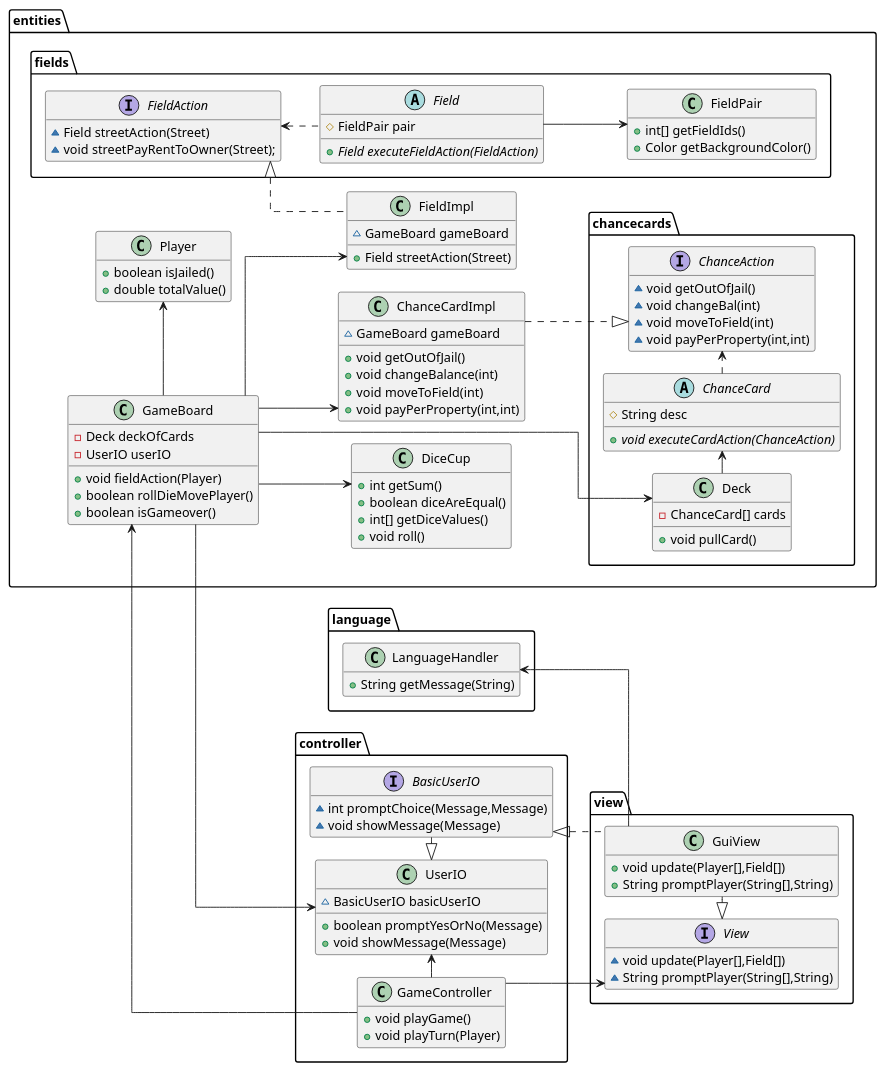
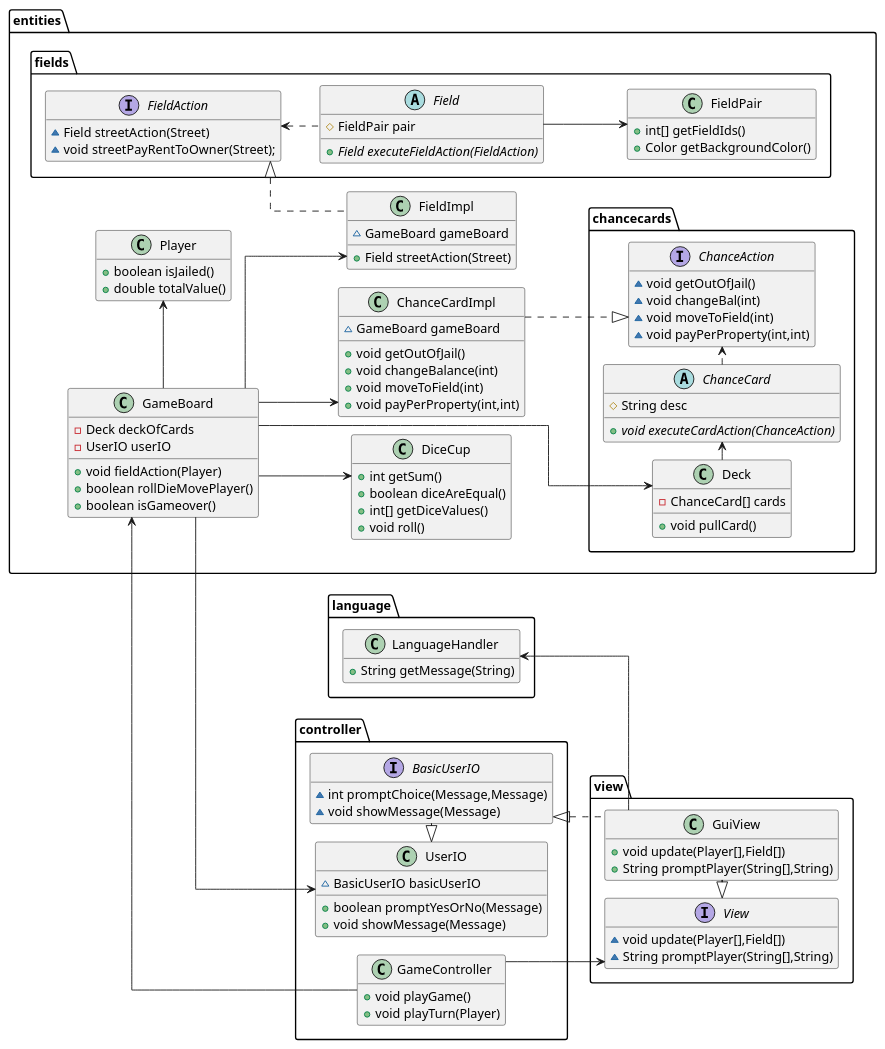
Before and after one commit to xdTobs/_22_del3: the diagram in diagrams/ClassDiagram2.puml, drawn with PlantUML. The commit also changed 9 other files, not shown here.

```diff
--- a/diagrams/ClassDiagram2.puml
+++ b/diagrams/ClassDiagram2.puml
@@ -1,136 +1,135 @@
 @startuml
 hide empty members
 skinparam linetype ortho
 left to right direction
-skinparam nodesep 25
-skinparam ranksep 15
+skinparam nodesep 20
+skinparam ranksep 20
 
 package entities{
     class ChanceCardImpl {
         ~ GameBoard gameBoard
         + void getOutOfJail()
         + void changeBalance(int)
         + void moveToField(int)
         + void payPerProperty(int,int)
     }
     class GameBoard {
         - Deck deckOfCards
         - UserIO userIO
         + void fieldAction(Player)
         + boolean rollDieMovePlayer()
         + boolean isGameover()
     }
 
     class Player {
         + boolean isJailed()
         + double totalValue()
     }
     class DiceCup {
         + int getSum()
         + boolean diceAreEqual()
         + int[] getDiceValues()
         + void roll()
     }
     class FieldImpl {
 	~ GameBoard gameBoard
 	+ Field streetAction(Street)
     }
 
     package chancecards {
         class Deck {
             -ChanceCard[] cards
             + void pullCard()
         }
         interface ChanceAction {
             ~ void getOutOfJail()
             ~ void changeBal(int)
             ~ void moveToField(int)
             ~ void payPerProperty(int,int)
         }
         abstract class ChanceCard {
             # String desc
             + {abstract}void executeCardAction(ChanceAction)
         }
     }
     package fields {
          abstract class Field {
             # FieldPair pair
             + {abstract}Field executeFieldAction(FieldAction)
         }
         class FieldPair {
             + int[] getFieldIds()
             + Color getBackgroundColor()
         }
 
         interface FieldAction {
             ~ Field streetAction(Street)
             ~ void streetPayRentToOwner(Street);
         }
     }
 }
 
 
 package language{
     class LanguageHandler {
         + String getMessage(String)
     }
 }
 
 package controller {
     class UserIO {
         ~ BasicUserIO basicUserIO
         + boolean promptYesOrNo(Message)
         + void showMessage(Message)
     }
 
     interface BasicUserIO {
         ~ int promptChoice(Message,Message)
         ~ void showMessage(Message)
     }
 
     class GameController {
         + void playGame()
         + void playTurn(Player)
     }
 }
 package view{
     class GuiView {
         + void update(Player[],Field[])
         + String promptPlayer(String[],String)
     }
 
     interface View {
         ~ void update(Player[],Field[])
         ~ String promptPlayer(String[],String)
     }
 }
 
 
 GameBoard <-- GameController
 
 
 GameBoard --> ChanceCardImpl
 GameBoard --> FieldImpl
 
 Player -up[hidden]-> FieldImpl
 
 GameBoard -left-> Player
 GameBoard --> DiceCup
 GameBoard --> UserIO
 
 GameBoard -[norank]-> Deck
 GuiView -[norank]-> LanguageHandler
 Deck -[hidden]up-> LanguageHandler
-ChanceCardImpl ..|>ChanceAction
+ChanceCardImpl ..|> ChanceAction
 FieldAction <|.. FieldImpl
 View <|.left. GuiView
 BasicUserIO <|.down. GuiView
 UserIO <|.right. BasicUserIO
 GameController --> View
-GameController -left> UserIO
 FieldAction <..Field
 FieldPair <-up-Field
 Deck  -right-> ChanceCard
 ChanceAction <.left.ChanceCard
 
 @enduml
```
